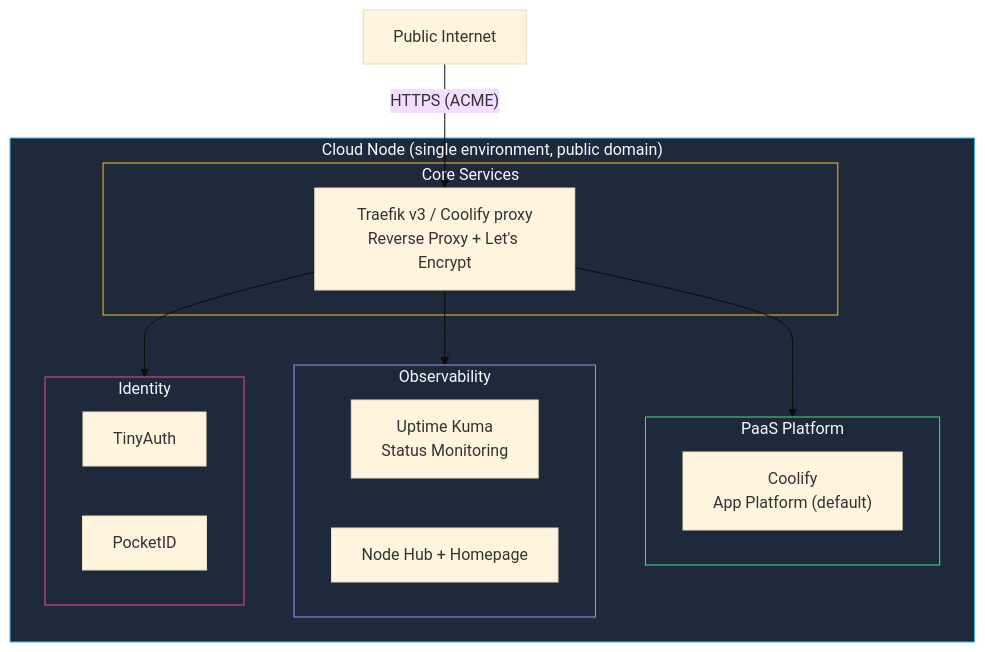
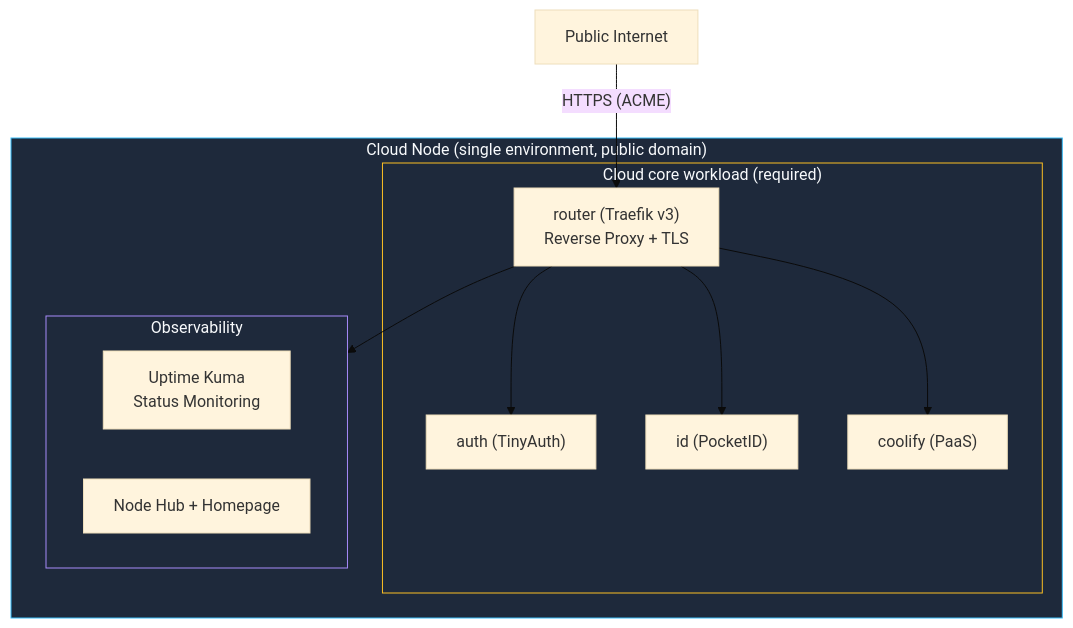
One commit to KombiverseLabs/mintlify-docs changed the diagram in stackkits/kits/cloud-kit.mdx. Above: the diagram before and after it, drawn with Mermaid (base theme). The commit also changed other lines of this file and 1 other file, not shown here.

Commit message:
docs: update Cloud Kit for required cloud-core workload and Compose default

````diff
--- a/stackkits/kits/cloud-kit.mdx
+++ b/stackkits/kits/cloud-kit.mdx
@@ -16,33 +16,26 @@
 ```mermaid
 graph TB
     subgraph Env["Cloud Node (single environment, public domain)"]
-        subgraph Core["Core Services"]
-            Traefik["Traefik v3 / Coolify proxy<br/>Reverse Proxy + Let's Encrypt"]
-        end
-
-        subgraph Platform["PaaS Platform"]
-            Coolify["Coolify<br/>App Platform (default)"]
+        subgraph Core["Cloud core workload (required)"]
+            Traefik["router (Traefik v3)<br/>Reverse Proxy + TLS"]
+            TinyAuth["auth (TinyAuth)"]
+            PocketID["id (PocketID)"]
+            Coolify["coolify (PaaS)"]
         end
 
         subgraph Monitoring["Observability"]
             UptimeKuma["Uptime Kuma<br/>Status Monitoring"]
             Dashboard["Node Hub + Homepage"]
         end
-
-        subgraph Identity["Identity"]
-            TinyAuth["TinyAuth"]
-            PocketID["PocketID"]
-        end
     end
 
     Internet["Public Internet"] -->|"HTTPS (ACME)"| Traefik
-    Traefik --> Platform
+    Traefik --> TinyAuth
+    Traefik --> PocketID
+    Traefik --> Coolify
     Traefik --> Monitoring
-    Traefik --> Identity
 
     style Env fill:#1e293b,stroke:#38bdf8,color:#f8fafc
     style Core fill:#1e293b,stroke:#fbbf24,color:#f8fafc
-    style Platform fill:#1e293b,stroke:#4ade80,color:#f8fafc
     style Monitoring fill:#1e293b,stroke:#a78bfa,color:#f8fafc
-    style Identity fill:#1e293b,stroke:#ec4899,color:#f8fafc
 ```
````
